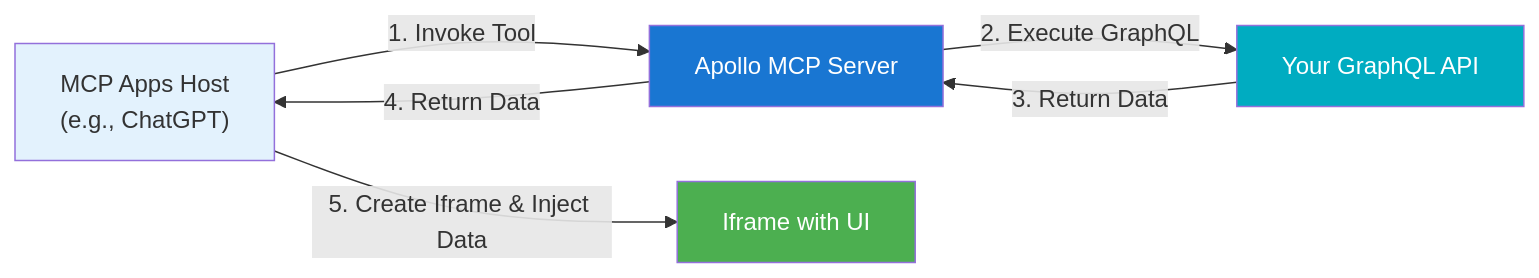
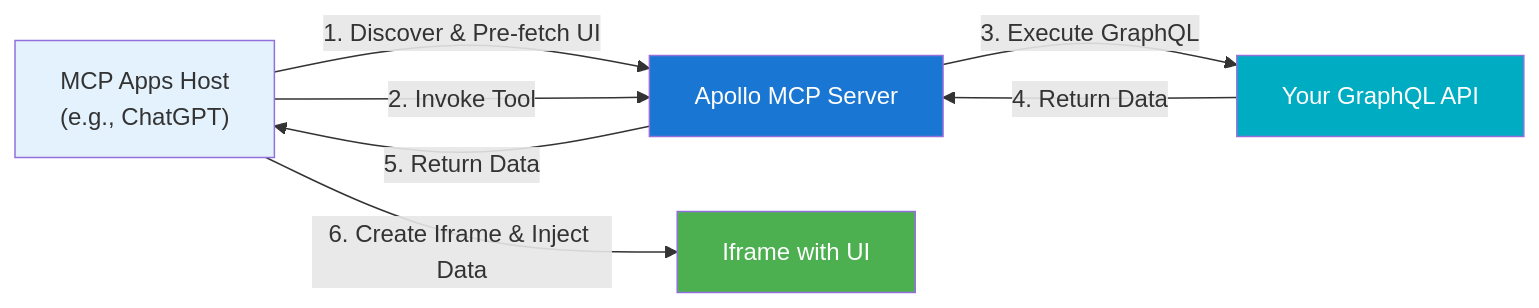
The diagram in docs/source/mcp-apps.mdx (apollographql/apollo-mcp-server), drawn with Mermaid before and after one commit. The commit also changed 1 other file, not shown here.

Commit message:
Correcting diagrams.

````diff
--- a/docs/source/mcp-apps.mdx
+++ b/docs/source/mcp-apps.mdx
@@ -31,18 +31,19 @@
 ```mermaid
 graph LR
     Host["MCP Apps Host\n(e.g., ChatGPT)"]
     MCPServer["Apollo MCP Server"]
     GraphQL["Your GraphQL API"]
     Iframe["Iframe with UI"]
     
-    Host -->|"1. Invoke Tool"| MCPServer
-    MCPServer -->|"2. Execute GraphQL"| GraphQL
-    GraphQL -->|"3. Return Data"| MCPServer
-    MCPServer -->|"4. Return Data"| Host
-    Host -->|"5. Create Iframe & Inject Data"| Iframe
+    Host -->|"1. Discover & Pre-fetch UI"| MCPServer
+    Host -->|"2. Invoke Tool"| MCPServer
+    MCPServer -->|"3. Execute GraphQL"| GraphQL
+    GraphQL -->|"4. Return Data"| MCPServer
+    MCPServer -->|"5. Return Data"| Host
+    Host -->|"6. Create Iframe & Inject Data"| Iframe
     
     style Host fill:#E3F2FD
     style MCPServer fill:#1976D2,color:#fff
     style GraphQL fill:#00ACC1,color:#fff
     style Iframe fill:#4CAF50,color:#fff
 ```
````
